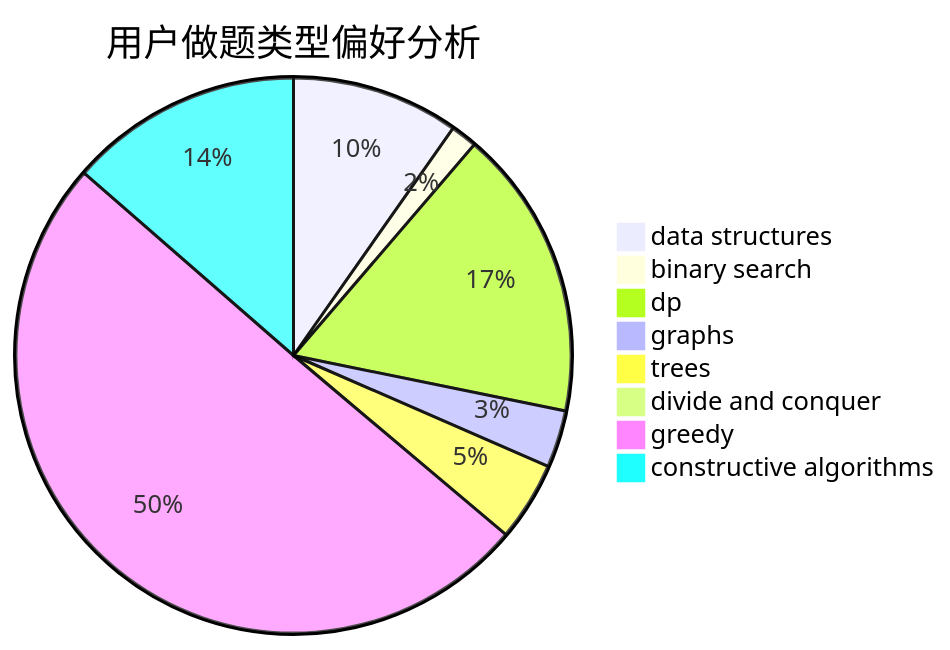
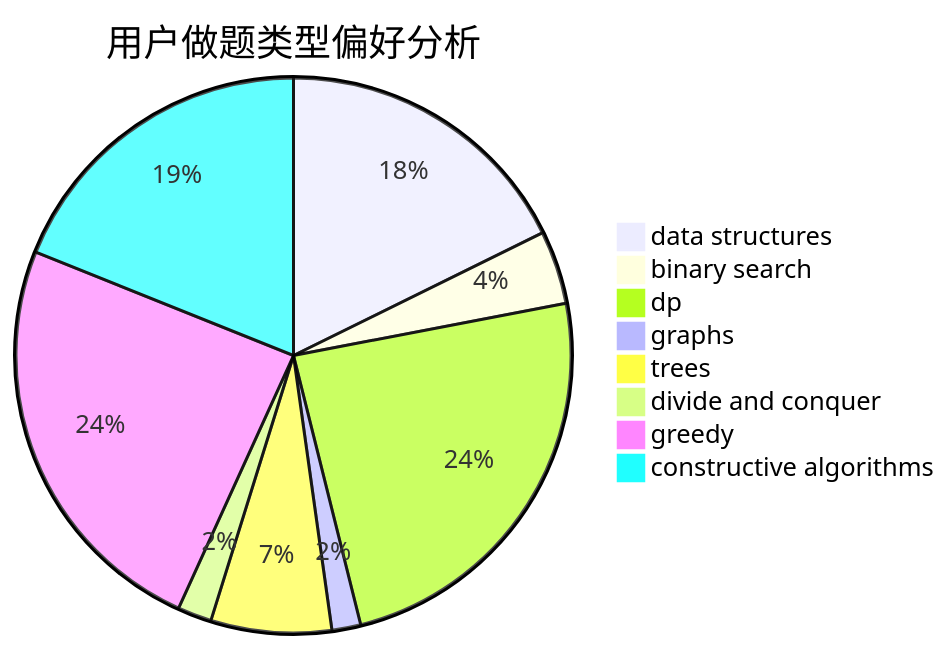
The second of 3 diagrams in docs/user/u82.md (sherpahu/cfrs.github.io), drawn with Mermaid before and after one commit. The commit also changed other lines of this file and 2770 other files, not shown here.

````diff
--- a/docs/user/u82.md
+++ b/docs/user/u82.md
@@ -23,11 +23,11 @@
 ```mermaid
 pie title 用户做题类型偏好分析
-    "data structures" :  38
-    "binary search" :  6
-    "dp" :  66
-    "graphs" :  13
-    "trees" :  18
-    "divide and conquer" :  0
-    "greedy" :  196
-    "constructive algorithms" :  53
+    "data structures" :  116
+    "binary search" :  28
+    "dp" :  158
+    "graphs" :  11
+    "trees" :  46
+    "divide and conquer" :  13
+    "greedy" :  159
+    "constructive algorithms" :  124
 ```
````
